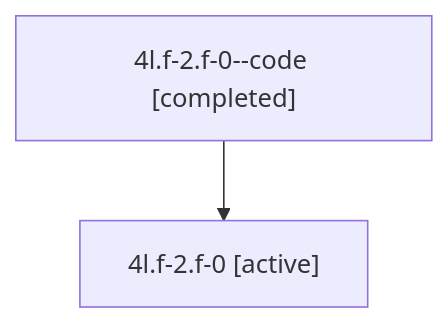
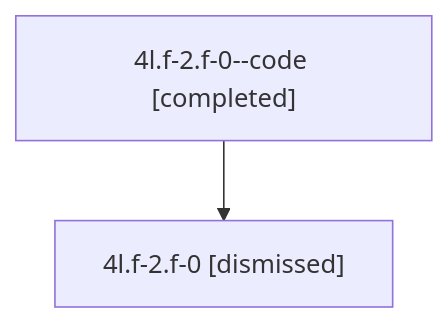
The diagram in sessions/bbugyi200.athena.4l.f-2.f-0.md (bobs-org/bob-cli--agents), drawn with Mermaid before and after one commit. The commit also changed other lines of this file and 46 other files, not shown here.

````diff
--- a/sessions/bbugyi200.athena.4l.f-2.f-0.md
+++ b/sessions/bbugyi200.athena.4l.f-2.f-0.md
@@ -9,6 +9,6 @@
 ```mermaid
 flowchart TD
   n0["4l.f-2.f-0--code [completed]"]
-  n1["4l.f-2.f-0 [active]"]
+  n1["4l.f-2.f-0 [dismissed]"]
   n0 --> n1
 ```
````
